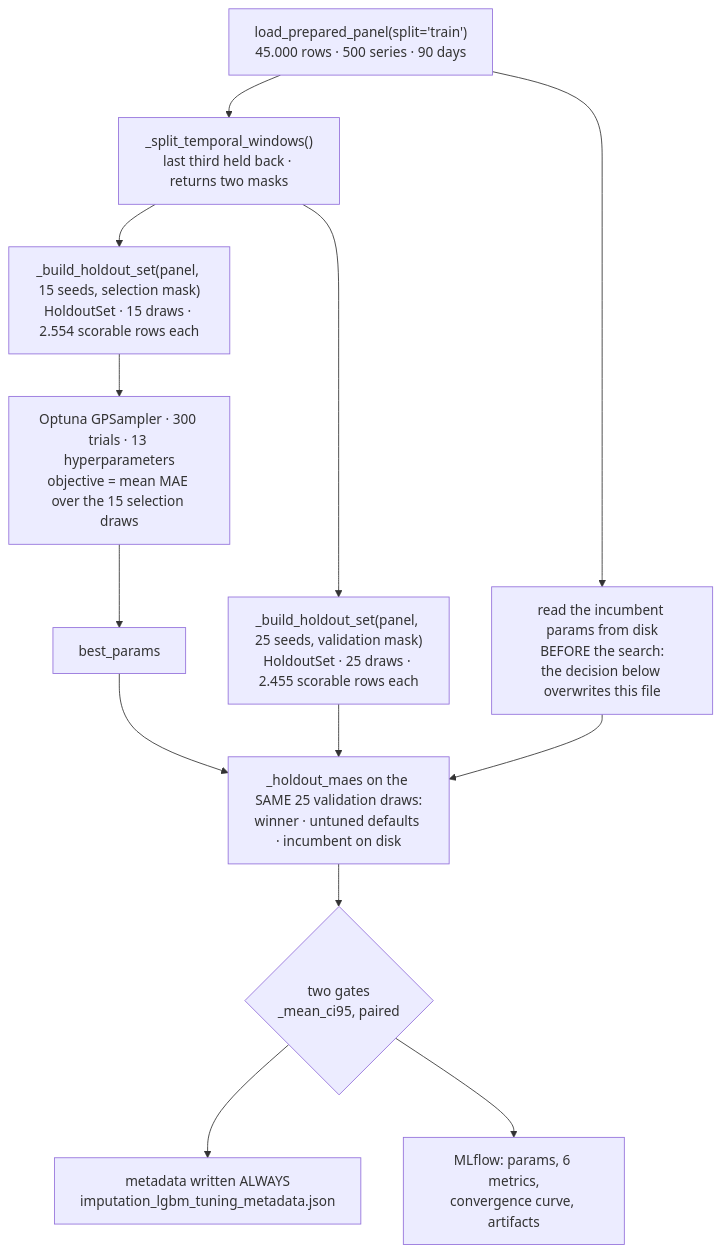
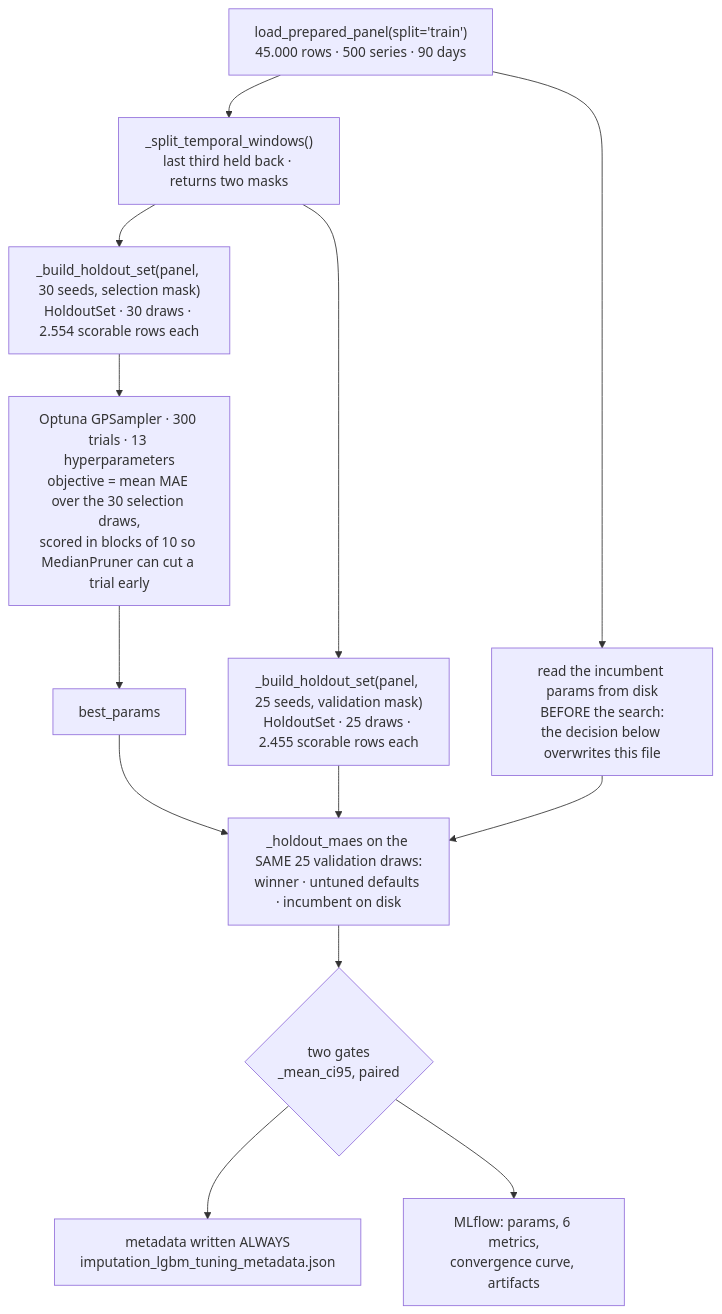
One commit to ArtemMindlin/retail-demand-forecasting-system changed the first of 3 diagrams in src/retail_forecasting/forecasting/imputation_tuning.md. Above: the diagram before and after it, drawn with Mermaid. The commit also changed other lines of this file and 1 other file, not shown here.

First line of the commit message:
feat(imputation): reanudar el tuning y dar señal de vida por trial

````diff
--- a/src/retail_forecasting/forecasting/imputation_tuning.md
+++ b/src/retail_forecasting/forecasting/imputation_tuning.md
@@ -8,27 +8,27 @@
 ```mermaid
 flowchart TD
     LOAD["load_prepared_panel(split='train')<br/>45.000 rows · 500 series · 90 days"]
     SPLIT["_split_temporal_windows()<br/>last third held back · returns two masks"]
     INC["read the incumbent params from disk<br/>BEFORE the search:<br/>the decision below overwrites this file"]
 
     LOAD --> SPLIT
     LOAD --> INC
     SPLIT --> BSEL
     SPLIT --> BVAL
 
-    BSEL["_build_holdout_set(panel, 15 seeds, selection mask)<br/>HoldoutSet · 15 draws · 2.554 scorable rows each"]
+    BSEL["_build_holdout_set(panel, 30 seeds, selection mask)<br/>HoldoutSet · 30 draws · 2.554 scorable rows each"]
     BVAL["_build_holdout_set(panel, 25 seeds, validation mask)<br/>HoldoutSet · 25 draws · 2.455 scorable rows each"]
 
     BSEL --> SEARCH
-    SEARCH["Optuna GPSampler · 300 trials · 13 hyperparameters<br/>objective = mean MAE over the 15 selection draws"]
+    SEARCH["Optuna GPSampler · 300 trials · 13 hyperparameters<br/>objective = mean MAE over the 30 selection draws,<br/>scored in blocks of 10 so MedianPruner can cut a trial early"]
     SEARCH --> BEST["best_params<br/>"]
 
     BEST --> SCORE
     BVAL --> SCORE
     INC --> SCORE
     SCORE["_holdout_maes on the SAME 25 validation draws:<br/>winner · untuned defaults · incumbent on disk"]
 
     SCORE --> GATES{"two gates<br/>_mean_ci95, paired"}
     GATES --> META["metadata written ALWAYS<br/>imputation_lgbm_tuning_metadata.json"]
     GATES --> MLF["MLflow: params, 6 metrics,<br/>convergence curve, artifacts"]
 ```
````
